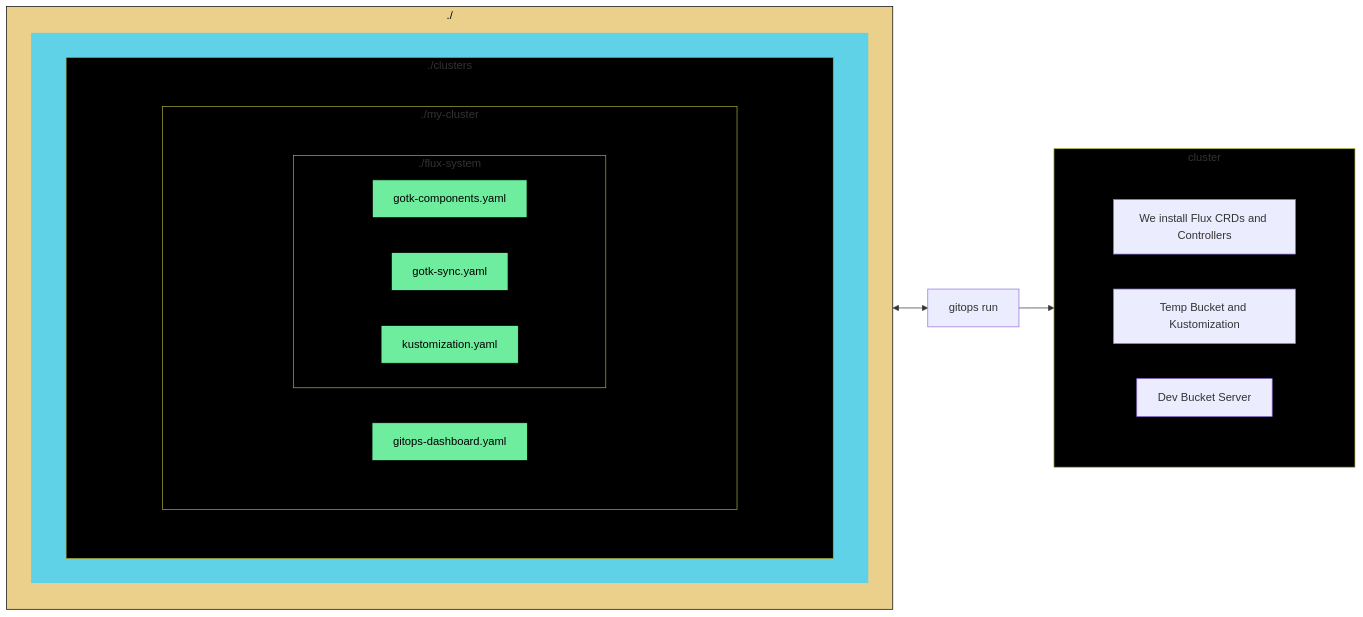
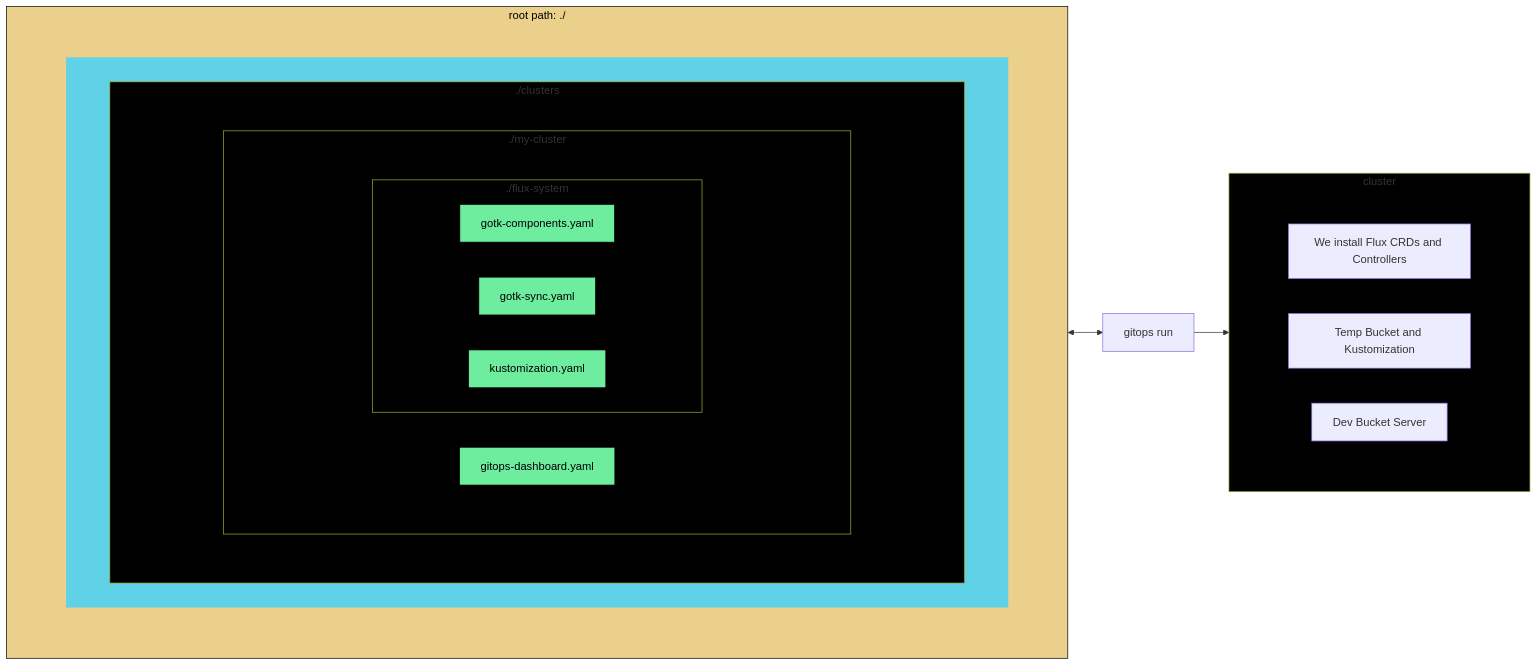
One commit to JamWils/gitops-repo-000 changed the fourth of 5 diagrams in run.md. Above: the diagram before and after it, drawn with Mermaid. The commit also changed other lines of this file and 12 other files, not shown here.

`````diff
--- a/run.md
+++ b/run.md
@@ -48,45 +125,48 @@
 ```mermaid
 %%{init: { logLevel:0, startOnLoad: false, themeCSS:'.label { font-family: Source Sans Pro,Helvetica Neue,Arial,sans-serif; }' }}%%
 flowchart LR
     run[gitops run] --> cluster
     root <--> run
-    subgraph root[./ ]
+    subgraph root[root path: ./ ]
     subgraph sgp6 [ ]
+    subgraph sgp7 [ ]
     subgraph clusters[./clusters]
     subgraph sgp1 [ ]
       subgraph my-cluster[./my-cluster]
         subgraph sgp2 [ ]
         dboard[gitops-dashboard.yaml]
         subgraph flux[./flux-system]
           a[gotk-components.yaml] 
           b[gotk-sync.yaml]
           c[kustomization.yaml]
         end
         end
       end
     end  
+    end
     end
     end
     
     end
     subgraph cluster
       direction TB
       subgraph sgp5 [ ]
         c-a[We install Flux CRDs and Controllers]
         c-b[Temp Bucket and Kustomization]
         c-c[Dev Bucket Server]
       end
     end
       
     
 classDef subgraph_padding fill:#000,stroke:none
 class sgp1,sgp2,sgp3,sgp4,sgp5 subgraph_padding
 
 classDef basic fill:#000;
 class clusters,my-cluster,flux,app,cluster basic;
 
 style root fill:#ebd08b,stroke:#000,color:#000
-style sgp6 fill:#5fd2e8,stroke:transparent,color:#000
+style sgp6 fill:#ebd08b,stroke:transparent,color:#000
+style sgp7 fill:#5fd2e8,stroke:transparent,color:#000
 classDef create fill:#6eed9e,stroke:#000,color:#000;
 class a,b,c,dboard create
 ````
`````
